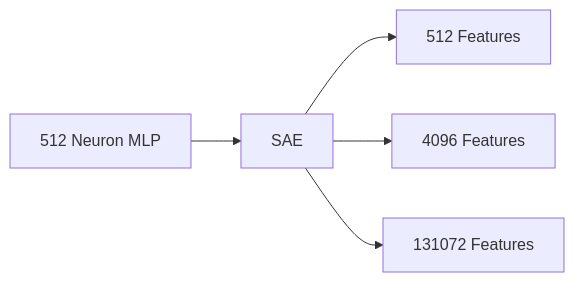
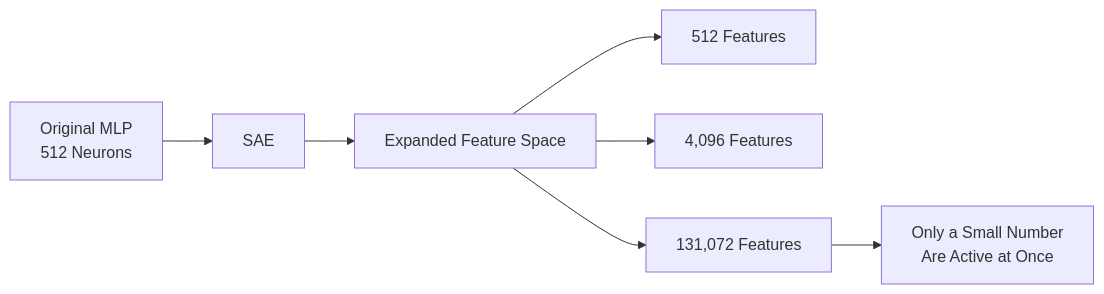
The sixth of 12 diagrams in papers/anthropic-monosemanticity.md (humairasoudagar/sparse-autoencoder-interpretability), drawn with Mermaid before and after one commit. The commit also changed other lines of this file, not shown here.

````diff
--- a/papers/anthropic-monosemanticity.md
+++ b/papers/anthropic-monosemanticity.md
@@ -396,7 +438,10 @@
 ```mermaid
 flowchart LR
-    A[512 Neuron MLP] --> B[SAE]
-    B --> C[512 Features]
-    B --> D[4096 Features]
-    B --> E[131072 Features]
+    A[Original MLP<br>512 Neurons] --> B[SAE]
+    B --> C[Expanded Feature Space]
+    C --> D[512 Features]
+    C --> E[4,096 Features]
+    C --> F[131,072 Features]
+
+    F --> G[Only a Small Number<br>Are Active at Once]
 ```
````
